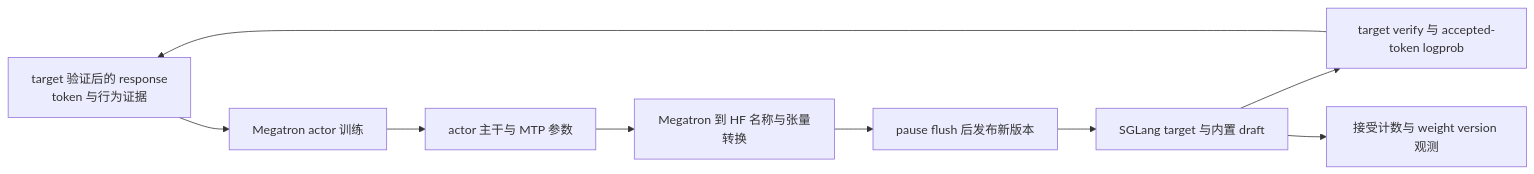
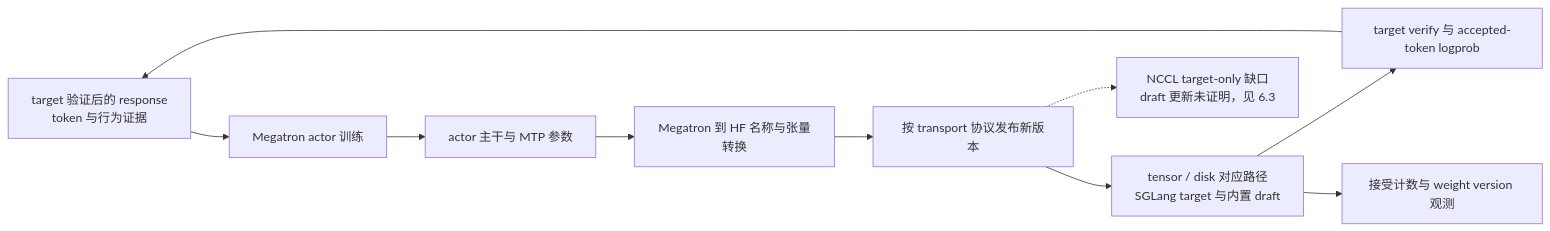
Before and after one commit to suhaibo666/llm-knowledge: the diagram in wiki/02_engineering/04_posttrain_frameworks/slime/21_slime_speculative_decoding_mtp_analysis.md, drawn with Mermaid. The commit also changed other lines of this file and 27 other files, not shown here.

````diff
--- a/wiki/02_engineering/04_posttrain_frameworks/slime/21_slime_speculative_decoding_mtp_analysis.md
+++ b/wiki/02_engineering/04_posttrain_frameworks/slime/21_slime_speculative_decoding_mtp_analysis.md
@@ -48,11 +50,12 @@
 ```mermaid
 flowchart LR
     R["target 验证后的 response<br/>token 与行为证据"] --> T["Megatron actor 训练"]
     T --> M["actor 主干与 MTP 参数"]
     M --> C["Megatron 到 HF 名称与张量转换"]
-    C --> P["pause flush 后发布新版本"]
-    P --> S["SGLang target 与内置 draft"]
+    C --> P["按 transport 协议发布新版本"]
+    P --> S["tensor / disk 对应路径<br/>SGLang target 与内置 draft"]
+    P -.-> N["NCCL target-only 缺口<br/>draft 更新未证明，见 6.3"]
     S --> V["target verify 与 accepted-token logprob"]
     V --> R
     S --> O["接受计数与 weight version 观测"]
 ```
````
